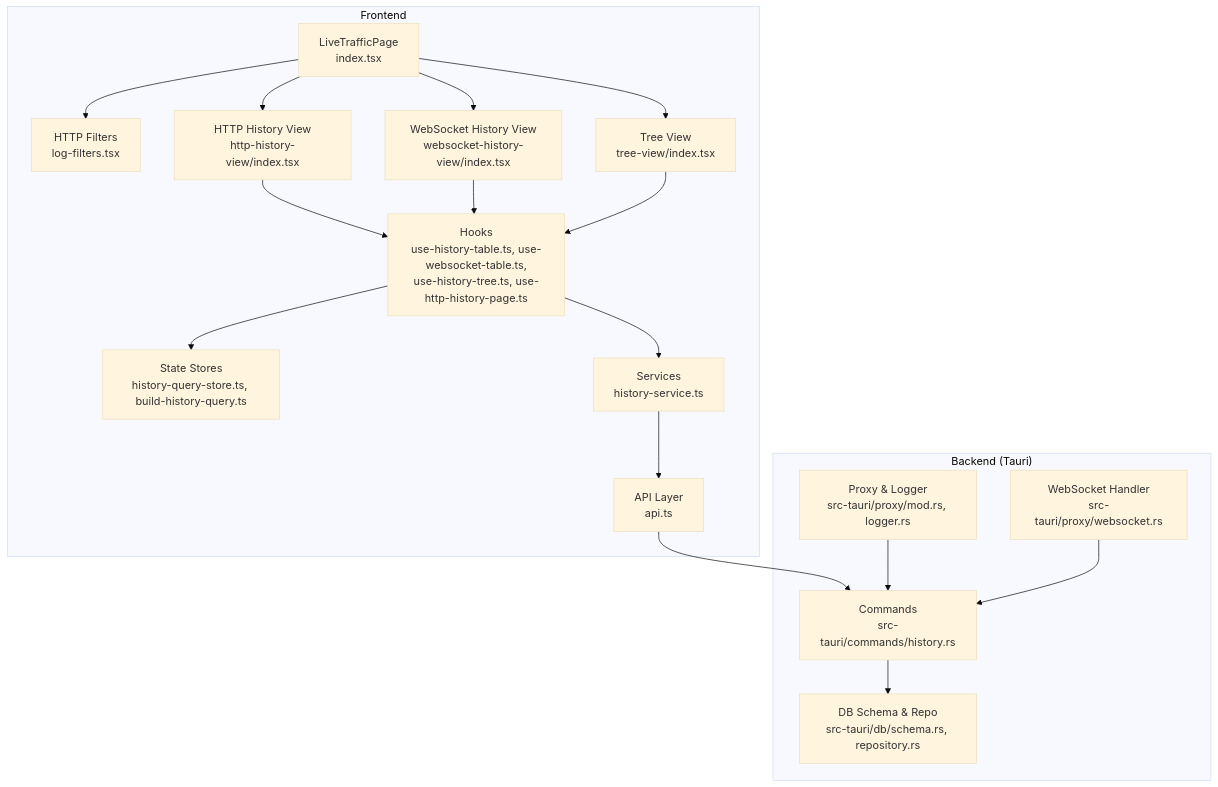
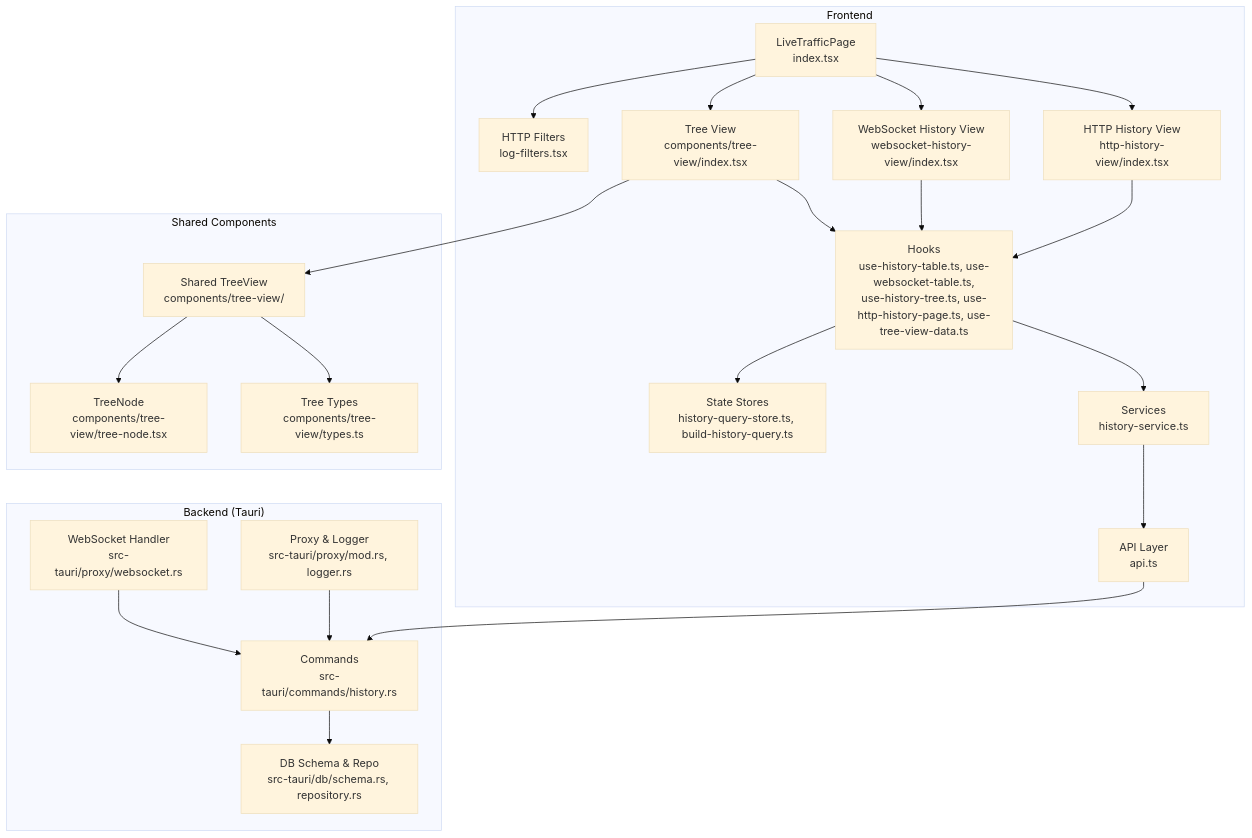
Before and after one commit to arhamymr/hexbuffer: the first of 8 diagrams in .qoder/repowiki/en/content/Live Traffic Analysis/Live Traffic Analysis.md, drawn with Mermaid (base theme). The commit also changed other lines of this file and 21 other files, not shown here.

````diff
--- a/.qoder/repowiki/en/content/Live Traffic Analysis/Live Traffic Analysis.md
+++ b/.qoder/repowiki/en/content/Live Traffic Analysis/Live Traffic Analysis.md
@@ -49,34 +64,42 @@
 ```mermaid
 graph TB
 subgraph "Frontend"
 LT["LiveTrafficPage<br/>index.tsx"]
 HF["HTTP Filters<br/>log-filters.tsx"]
 HTV["HTTP History View<br/>http-history-view/index.tsx"]
 WSV["WebSocket History View<br/>websocket-history-view/index.tsx"]
-TV["Tree View<br/>tree-view/index.tsx"]
-HOOKS["Hooks<br/>use-history-table.ts, use-websocket-table.ts,<br/>use-history-tree.ts, use-http-history-page.ts"]
+TV["Tree View<br/>components/tree-view/index.tsx"]
+HOOKS["Hooks<br/>use-history-table.ts, use-websocket-table.ts,<br/>use-history-tree.ts, use-http-history-page.ts, use-tree-view-data.ts"]
 STORE["State Stores<br/>history-query-store.ts, build-history-query.ts"]
 SVC["Services<br/>history-service.ts"]
 API["API Layer<br/>api.ts"]
+end
+subgraph "Shared Components"
+SHARED_TV["Shared TreeView<br/>components/tree-view/"]
+SHARED_TN["TreeNode<br/>components/tree-view/tree-node.tsx"]
+SHARED_TYPES["Tree Types<br/>components/tree-view/types.ts"]
 end
 subgraph "Backend (Tauri)"
 CMD["Commands<br/>src-tauri/commands/history.rs"]
 DB["DB Schema & Repo<br/>src-tauri/db/schema.rs, repository.rs"]
 PROXY["Proxy & Logger<br/>src-tauri/proxy/mod.rs, logger.rs"]
 WS["WebSocket Handler<br/>src-tauri/proxy/websocket.rs"]
 end
 LT --> HF
 LT --> HTV
 LT --> WSV
 LT --> TV
+TV --> SHARED_TV
+SHARED_TV --> SHARED_TN
+SHARED_TV --> SHARED_TYPES
 HTV --> HOOKS
 WSV --> HOOKS
 TV --> HOOKS
 HOOKS --> STORE
 HOOKS --> SVC
 SVC --> API
 API --> CMD
 CMD --> DB
 PROXY --> CMD
 WS --> CMD
 ```
````
